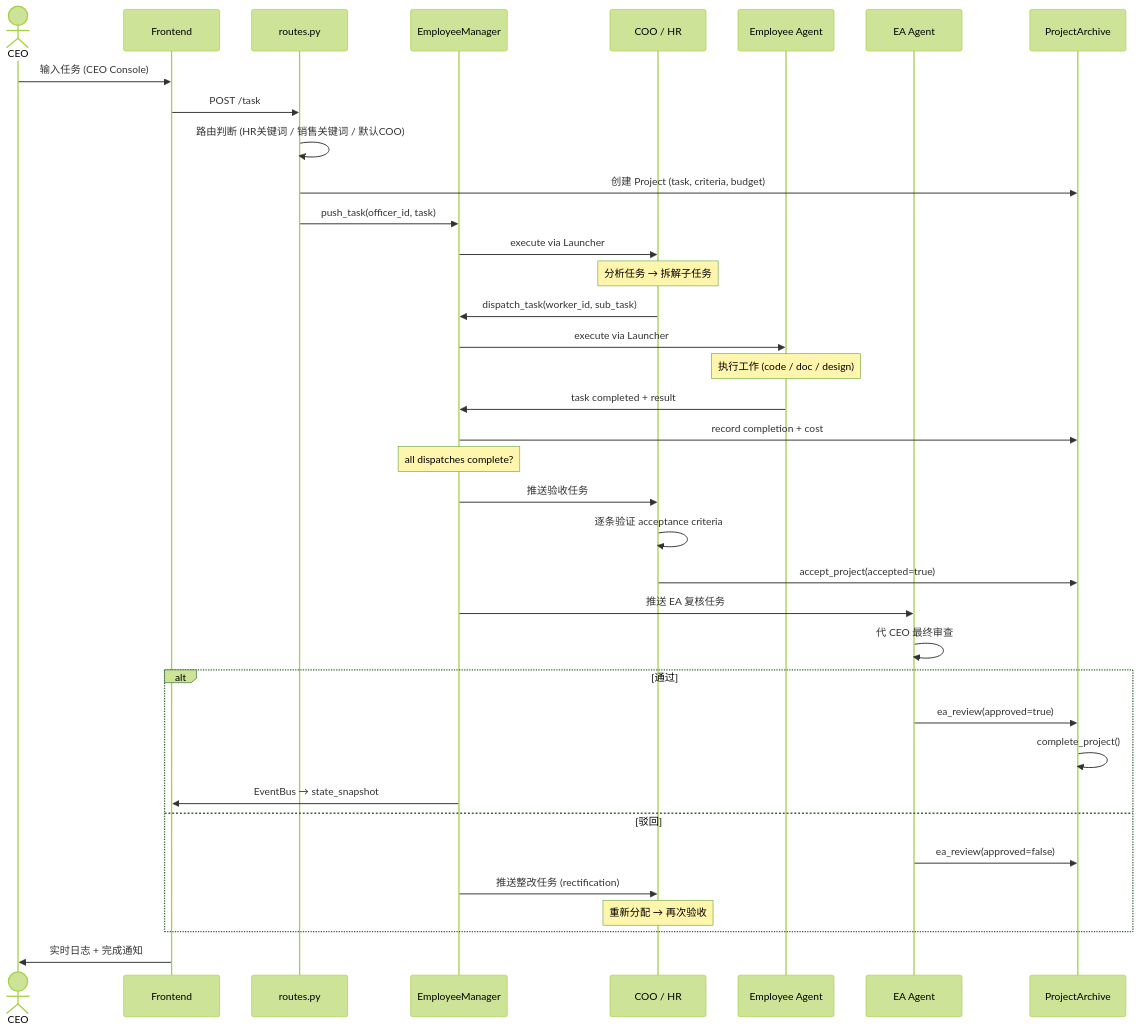
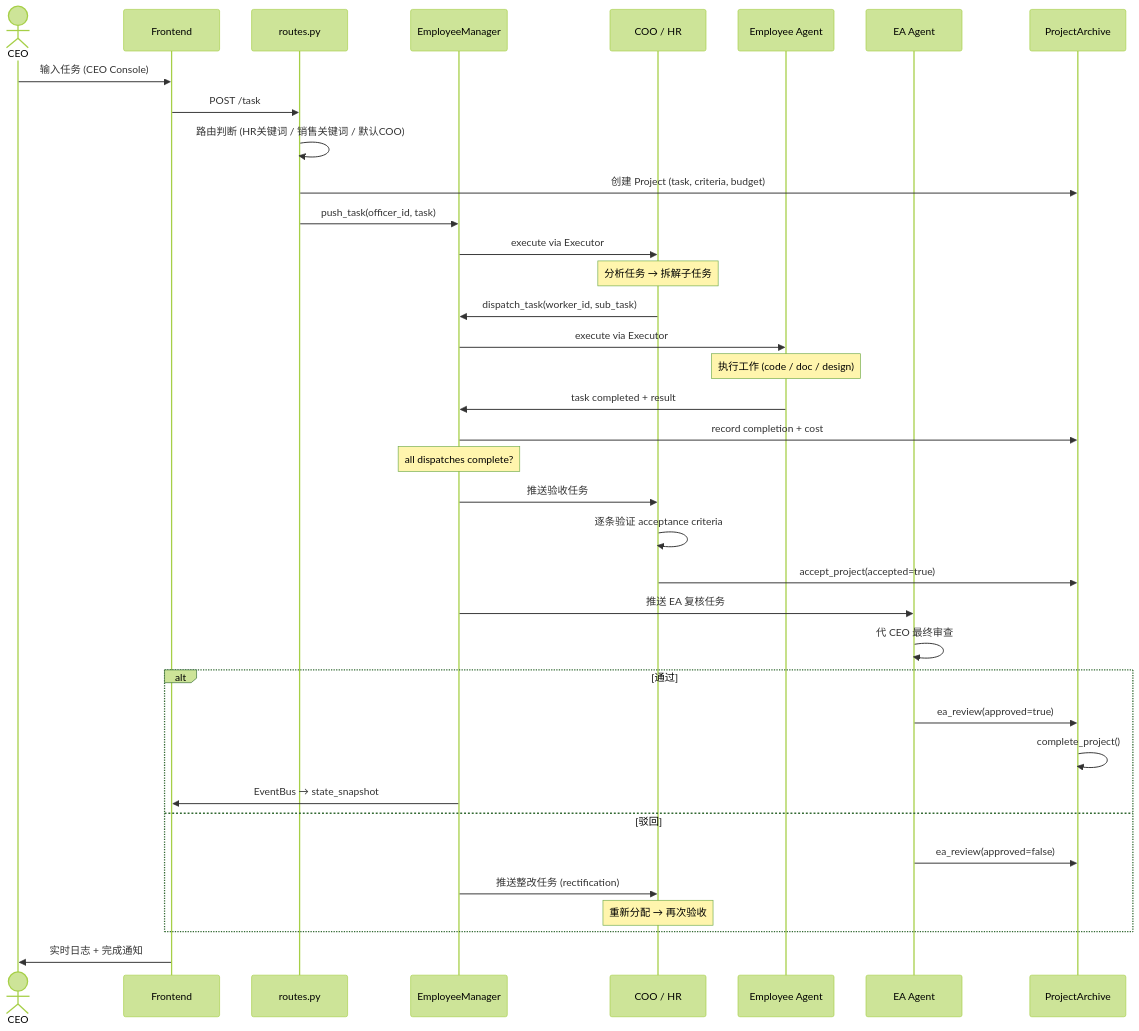
One commit to 1mancompany/OneManCompany changed the third of 5 diagrams in README.md. Above: the diagram before and after it, drawn with Mermaid (forest theme). The commit also changed other lines of this file and 16 other files, not shown here.

Commit message:
vessel architecture is coming

````diff
--- a/README.md
+++ b/README.md
@@ -194,46 +207,46 @@
 ```mermaid
 sequenceDiagram
     actor CEO
     participant FE as Frontend
     participant API as routes.py
     participant EM as EmployeeManager
     participant Officer as COO / HR
     participant Worker as Employee Agent
     participant EA as EA Agent
     participant Archive as ProjectArchive
 
     CEO->>FE: 输入任务 (CEO Console)
     FE->>API: POST /task
     API->>API: 路由判断 (HR关键词 / 销售关键词 / 默认COO)
     API->>Archive: 创建 Project (task, criteria, budget)
     API->>EM: push_task(officer_id, task)
 
-    EM->>Officer: execute via Launcher
+    EM->>Officer: execute via Executor
     Note over Officer: 分析任务 → 拆解子任务
 
     Officer->>EM: dispatch_task(worker_id, sub_task)
-    EM->>Worker: execute via Launcher
+    EM->>Worker: execute via Executor
 
     Note over Worker: 执行工作 (code / doc / design)
     Worker->>EM: task completed + result
     EM->>Archive: record completion + cost
 
     Note over EM: all dispatches complete?
     EM->>Officer: 推送验收任务
     Officer->>Officer: 逐条验证 acceptance criteria
     Officer->>Archive: accept_project(accepted=true)
 
     EM->>EA: 推送 EA 复核任务
     EA->>EA: 代 CEO 最终审查
     alt 通过
         EA->>Archive: ea_review(approved=true)
         Archive->>Archive: complete_project()
         EM->>FE: EventBus → state_snapshot
     else 驳回
         EA->>Archive: ea_review(approved=false)
         EM->>Officer: 推送整改任务 (rectification)
         Note over Officer: 重新分配 → 再次验收
     end
 
     FE->>CEO: 实时日志 + 完成通知
 ```
````
